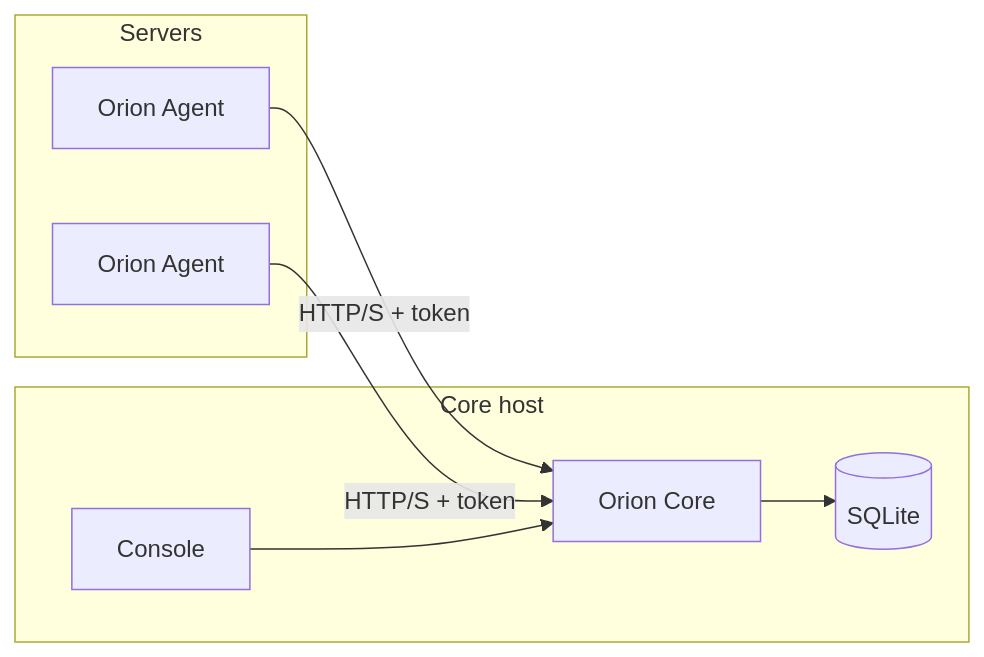
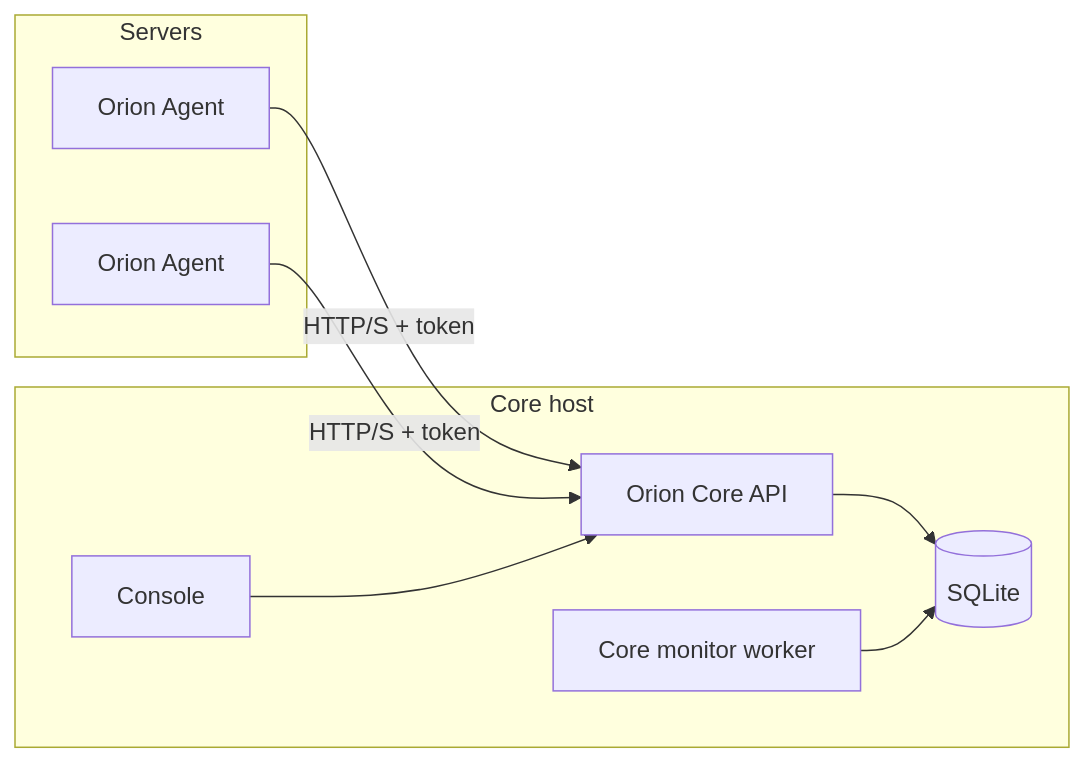
Before and after one commit to sunday-studio/orion: the diagram in README.md, drawn with Mermaid. The commit also changed other lines of this file and 23 other files, not shown here.

First line of the commit message:
feat(core): add worker diagnostics wiring

````diff
--- a/README.md
+++ b/README.md
@@ -21,16 +22,18 @@
 ```mermaid
 flowchart LR
     subgraph servers [Servers]
         A1[Orion Agent]
         A2[Orion Agent]
     end
     subgraph core [Core host]
-        C[Orion Core]
+        C[Orion Core API]
+        W[Core monitor worker]
         DB[(SQLite)]
         UI[Console]
     end
     A1 -->|HTTP/S + token| C
     A2 -->|HTTP/S + token| C
     C --> DB
+    W --> DB
     UI --> C
 ```
````
